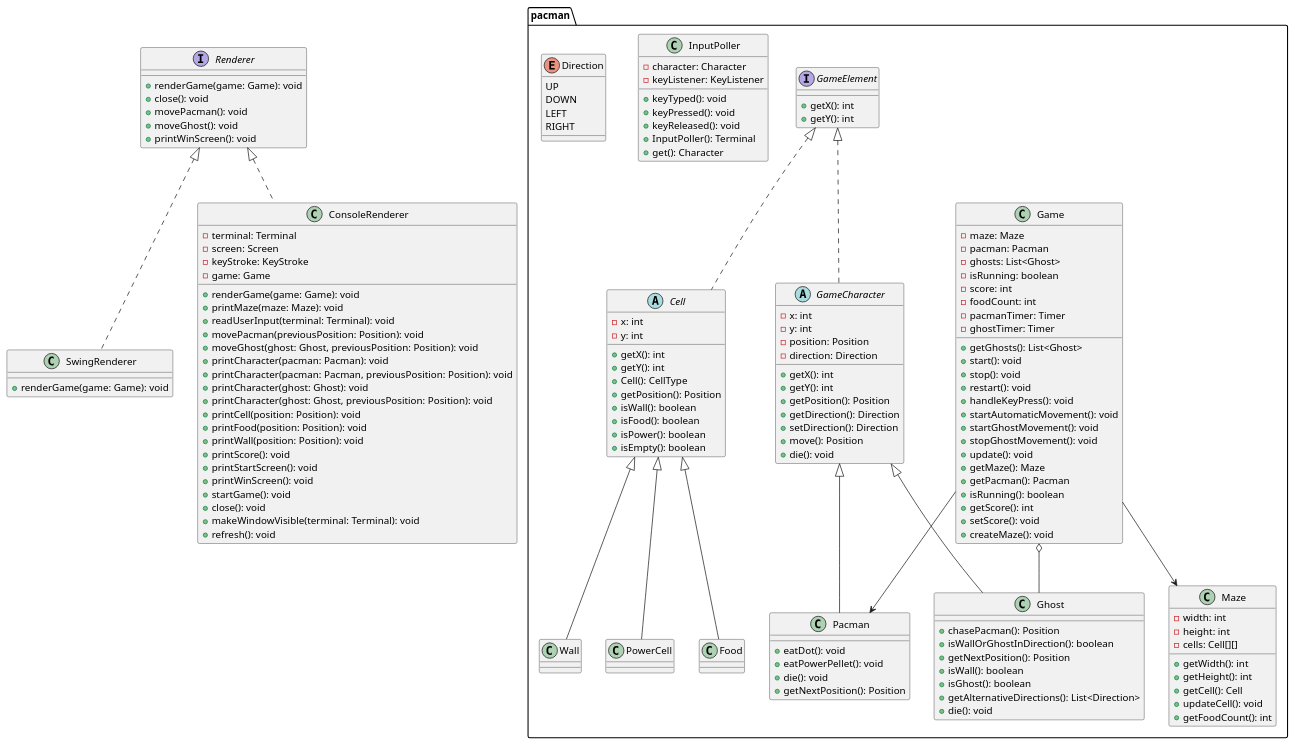
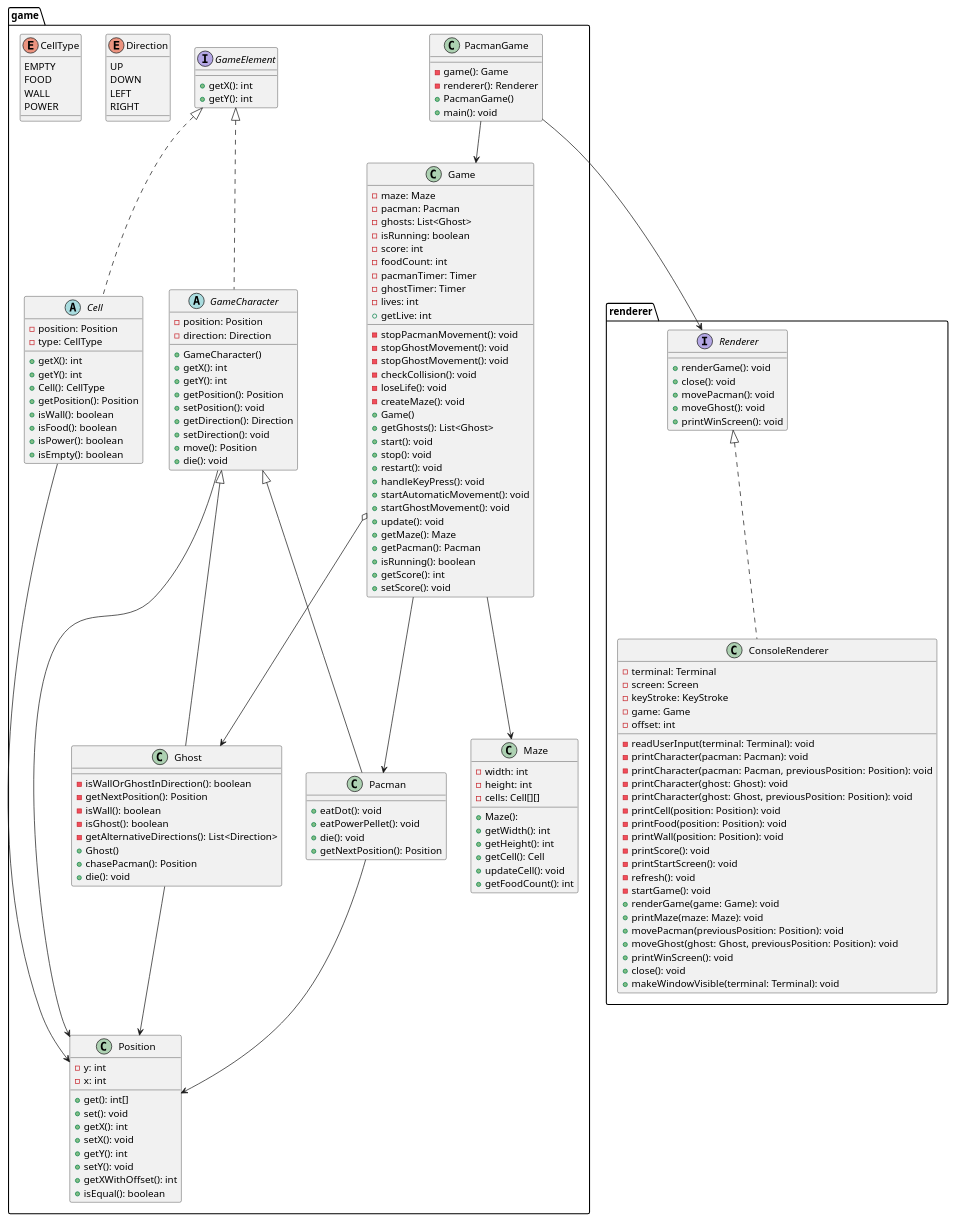
The diagram in pacman/docs/pacmanDiagram.puml (eabol/awesome-projects-prograii), drawn with PlantUML before and after one commit. The commit also changed 5 other files, not shown here.

Commit message:
fix: Final changes to the uml diagram

```diff
--- a/pacman/docs/pacmanDiagram.puml
+++ b/pacman/docs/pacmanDiagram.puml
@@ -1,146 +1,170 @@
 @startuml
-package pacman {
+package game {
   class Game {
     - maze: Maze
     - pacman: Pacman
     - ghosts: List<Ghost>
     - isRunning: boolean
     - score: int
     - foodCount: int
     - pacmanTimer: Timer
     - ghostTimer: Timer
+    - lives: int
+    - stopPacmanMovement(): void
+    - stopGhostMovement(): void
+    - stopGhostMovement(): void
+    - checkCollision(): void
+    - loseLife(): void
+    - createMaze(): void
+    + Game()
+    + getLive: int
     + getGhosts(): List<Ghost>
     + start(): void
     + stop(): void
     + restart(): void
     + handleKeyPress(): void
     + startAutomaticMovement(): void
     + startGhostMovement(): void
-    + stopGhostMovement(): void
     + update(): void
     + getMaze(): Maze
     + getPacman(): Pacman
     + isRunning(): boolean
     + getScore(): int
     + setScore(): void
-    + createMaze(): void
+  }
+  class PacmanGame {
+  - game(): Game
+  - renderer(): Renderer
+  + PacmanGame()
+  + main(): void
   }
   class Maze {
     - width: int
     - height: int
     - cells: Cell[][]
+    + Maze():
     + getWidth(): int
     + getHeight(): int
     + getCell(): Cell
     + updateCell(): void
     + getFoodCount(): int
   }
-  abstract class Cell implements GameElement{
-    - x: int
-    - y: int
+  abstract class Cell implements GameElement {
+    - position: Position
+    - type: CellType
     + getX(): int
     + getY(): int
     + Cell(): CellType
     + getPosition(): Position
     + isWall(): boolean
     + isFood(): boolean
     + isPower(): boolean
     + isEmpty(): boolean
   }
-
   abstract class GameCharacter implements GameElement {
-    - x: int
-    - y: int
     - position: Position
     - direction: Direction
+    + GameCharacter()
     + getX(): int
     + getY(): int
     + getPosition(): Position
+    + setPosition(): void
     + getDirection(): Direction
-    + setDirection(): Direction
+    + setDirection(): void
     + move(): Position
     + die(): void
+  }
+  class Position {
+  - y: int
+  - x: int
+  + get(): int[]
+  + set(): void
+  + getX(): int
+  + setX(): void
+  + getY(): int
+  + setY(): void
+  + getXWithOffset(): int
+  + isEqual(): boolean
   }
   class Pacman {
     + eatDot(): void
     + eatPowerPellet(): void
     + die(): void
     + getNextPosition(): Position
   }
   class Ghost {
+    - isWallOrGhostInDirection(): boolean
+    - getNextPosition(): Position
+    - isWall(): boolean
+    - isGhost(): boolean
+    - getAlternativeDirections(): List<Direction>
+    + Ghost()
     + chasePacman(): Position
-    + isWallOrGhostInDirection(): boolean
-    + getNextPosition(): Position
-    + isWall(): boolean
-    + isGhost(): boolean
-    + getAlternativeDirections(): List<Direction>
     + die(): void
-  }
-  class InputPoller{
-    - character: Character
-    - keyListener: KeyListener
-    + keyTyped(): void
-    + keyPressed(): void
-    + keyReleased(): void
-    + InputPoller(): Terminal
-    + get(): Character
-
   }
   enum Direction {
     UP
     DOWN
     LEFT
     RIGHT
+  }
+    enum CellType {
+    EMPTY
+    FOOD
+    WALL
+    POWER
   }
   interface GameElement {
     + getX(): int
     + getY(): int
   }
   GameCharacter <|-- Pacman
   GameCharacter <|-- Ghost
   Game --> Maze
   Game --> Pacman
-  Game o-- Ghost
-  Cell <|-- Food
-  Cell <|-- Wall
-  Cell <|-- PowerCell
+  Game o--> Ghost
+  PacmanGame --> Game
+  Cell --> Position
+  GameCharacter --> Position
+  Ghost --> Position
+  Pacman --> Position
+
 }
+package renderer {
 interface Renderer {
-  + renderGame(game: Game): void
+  + renderGame(): void
   + close(): void
   + movePacman(): void
   + moveGhost(): void
   + printWinScreen(): void
-}
-class SwingRenderer{
-  + renderGame(game: Game): void
 }
 class ConsoleRenderer{
   - terminal: Terminal
   - screen: Screen
   - keyStroke: KeyStroke
   - game: Game
+  - offset: int
+  - readUserInput(terminal: Terminal): void
+  - printCharacter(pacman: Pacman): void
+  - printCharacter(pacman: Pacman, previousPosition: Position): void
+  - printCharacter(ghost: Ghost): void
+  - printCharacter(ghost: Ghost, previousPosition: Position): void
+  - printCell(position: Position): void
+  - printFood(position: Position): void
+  - printWall(position: Position): void
+  - printScore(): void
+  - printStartScreen(): void
+  - refresh(): void
+  - startGame(): void
   + renderGame(game: Game): void
   + printMaze(maze: Maze): void
-  + readUserInput(terminal: Terminal): void
   + movePacman(previousPosition: Position): void
   + moveGhost(ghost: Ghost, previousPosition: Position): void
-  + printCharacter(pacman: Pacman): void
-  + printCharacter(pacman: Pacman, previousPosition: Position): void
-  + printCharacter(ghost: Ghost): void
-  + printCharacter(ghost: Ghost, previousPosition: Position): void
-  + printCell(position: Position): void
-  + printFood(position: Position): void
-  + printWall(position: Position): void
-  + printScore(): void
-  + printStartScreen(): void
   + printWinScreen(): void
-  + startGame(): void
   + close(): void
   + makeWindowVisible(terminal: Terminal): void
-  + refresh(): void
 
 }
-Renderer <|.. SwingRenderer
 Renderer <|.. ConsoleRenderer
+PacmanGame --> Renderer
 @enduml
```
